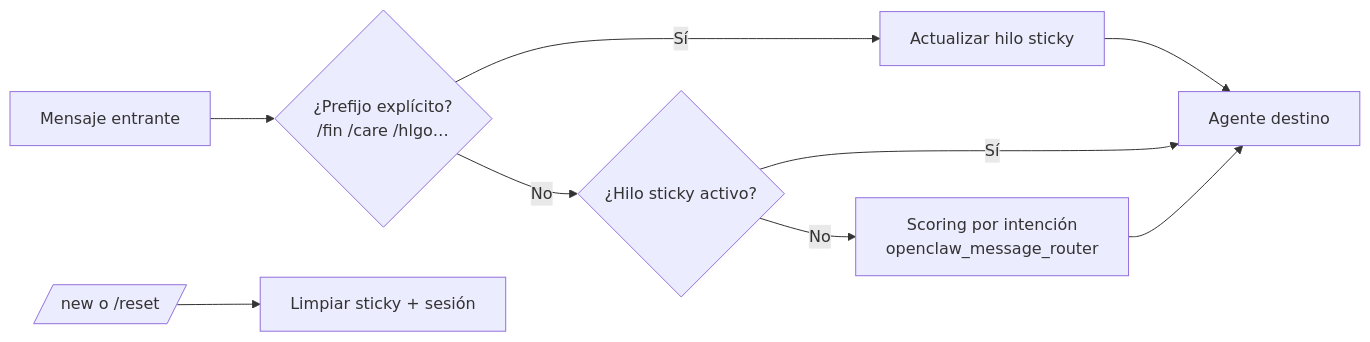
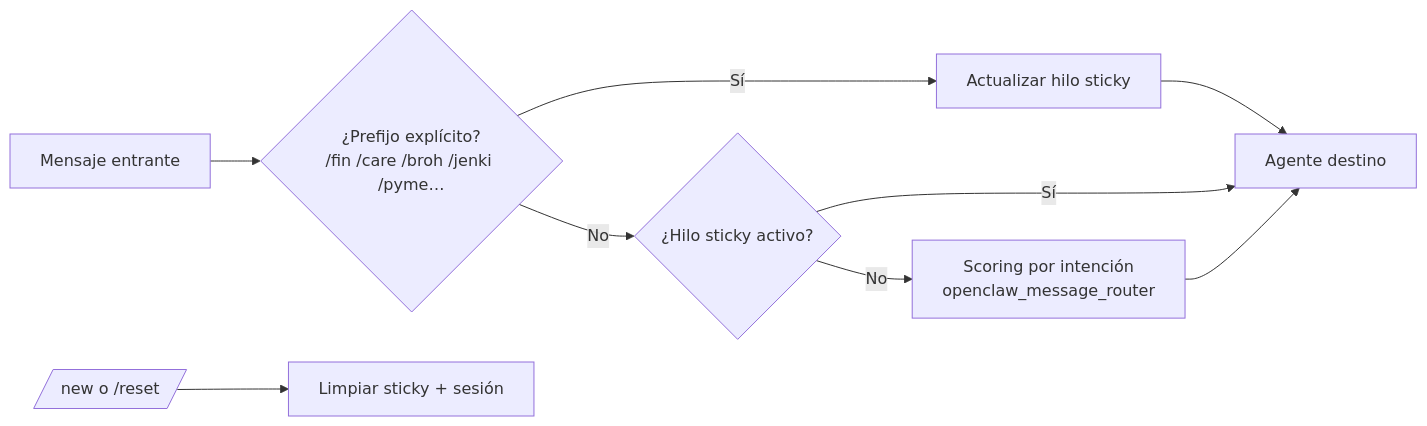
One commit to Maurog-castros/openclaw-ubuntu-server changed the third of 4 diagrams in README.md. Above: the diagram before and after it, drawn with Mermaid. The commit also changed other lines of this file and 3 other files, not shown here.

First line of the commit message:
docs: catalog all 13 gateway agents (broh, jenki)

````diff
--- a/README.md
+++ b/README.md
@@ -115,15 +118,15 @@
 ```mermaid
 flowchart LR
     MSG[Mensaje entrante]
 
-    MSG --> PREF{¿Prefijo explícito?<br/>/fin /care /hlgo…}
+    MSG --> PREF{¿Prefijo explícito?<br/>/fin /care /broh /jenki /pyme…}
     PREF -->|Sí| STICKY[Actualizar hilo sticky]
     STICKY --> AGENT[Agente destino]
 
     PREF -->|No| ST{¿Hilo sticky activo?}
     ST -->|Sí| AGENT
     ST -->|No| SCORE[Scoring por intención<br/>openclaw_message_router]
     SCORE --> AGENT
 
     MSG2[/new o /reset/] --> CLR[Limpiar sticky + sesión]
 ```
````
